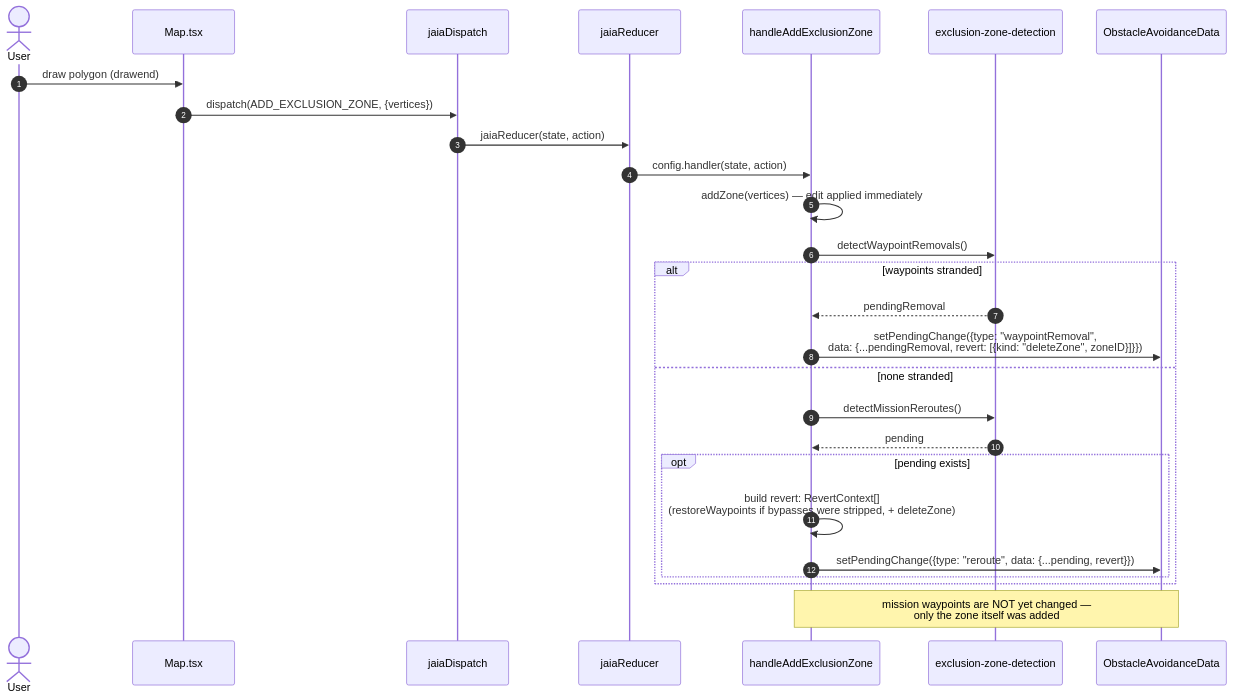
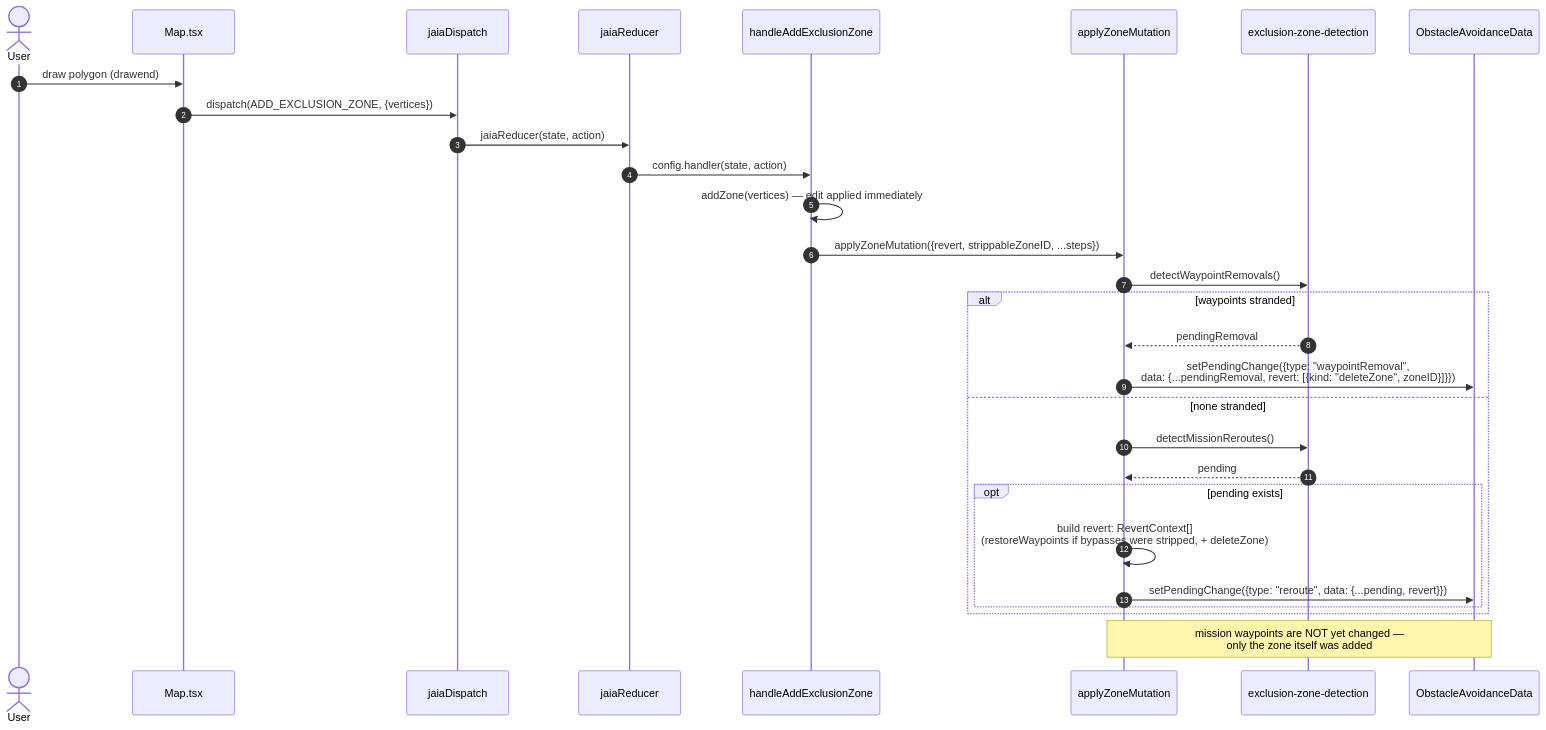
One commit to jaiarobotics/jaiabot changed the second of 3 diagrams in src/web/components/ObstacleAvoidanceDialogs/docs/05EVENT_STREAMS.md. Above: the diagram before and after it, drawn with Mermaid. The commit also changed other lines of this file and 6 other files, not shown here.

````diff
--- a/src/web/components/ObstacleAvoidanceDialogs/docs/05EVENT_STREAMS.md
+++ b/src/web/components/ObstacleAvoidanceDialogs/docs/05EVENT_STREAMS.md
@@ -137,30 +181,32 @@
 ```mermaid
 sequenceDiagram
     autonumber
     actor U as User
     participant Map as Map.tsx
     participant Ctx as jaiaDispatch
     participant Reducer as jaiaReducer
     participant Handler as handleAddExclusionZone
+    participant Seq as applyZoneMutation
     participant Detect as exclusion-zone-detection
     participant Data as ObstacleAvoidanceData
 
     U->>Map: draw polygon (drawend)
     Map->>Ctx: dispatch(ADD_EXCLUSION_ZONE, {vertices})
     Ctx->>Reducer: jaiaReducer(state, action)
     Reducer->>Handler: config.handler(state, action)
     Handler->>Handler: addZone(vertices) — edit applied immediately
-    Handler->>Detect: detectWaypointRemovals()
+    Handler->>Seq: applyZoneMutation({revert, strippableZoneID, ...steps})
+    Seq->>Detect: detectWaypointRemovals()
     alt waypoints stranded
-        Detect-->>Handler: pendingRemoval
-        Handler->>Data: setPendingChange({type: "waypointRemoval",<br/>data: {...pendingRemoval, revert: [{kind: "deleteZone", zoneID}]}})
+        Detect-->>Seq: pendingRemoval
+        Seq->>Data: setPendingChange({type: "waypointRemoval",<br/>data: {...pendingRemoval, revert: [{kind: "deleteZone", zoneID}]}})
     else none stranded
-        Handler->>Detect: detectMissionReroutes()
-        Detect-->>Handler: pending
+        Seq->>Detect: detectMissionReroutes()
+        Detect-->>Seq: pending
         opt pending exists
-            Handler->>Handler: build revert: RevertContext[]<br/>(restoreWaypoints if bypasses were stripped, + deleteZone)
-            Handler->>Data: setPendingChange({type: "reroute", data: {...pending, revert}})
+            Seq->>Seq: build revert: RevertContext[]<br/>(restoreWaypoints if bypasses were stripped, + deleteZone)
+            Seq->>Data: setPendingChange({type: "reroute", data: {...pending, revert}})
         end
     end
-    Note over Handler,Data: mission waypoints are NOT yet changed —<br/>only the zone itself was added
+    Note over Seq,Data: mission waypoints are NOT yet changed —<br/>only the zone itself was added
 ```
````
